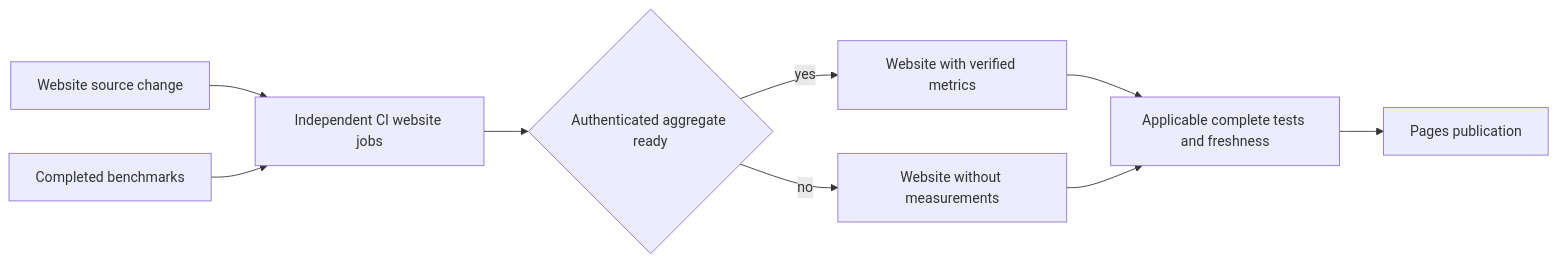
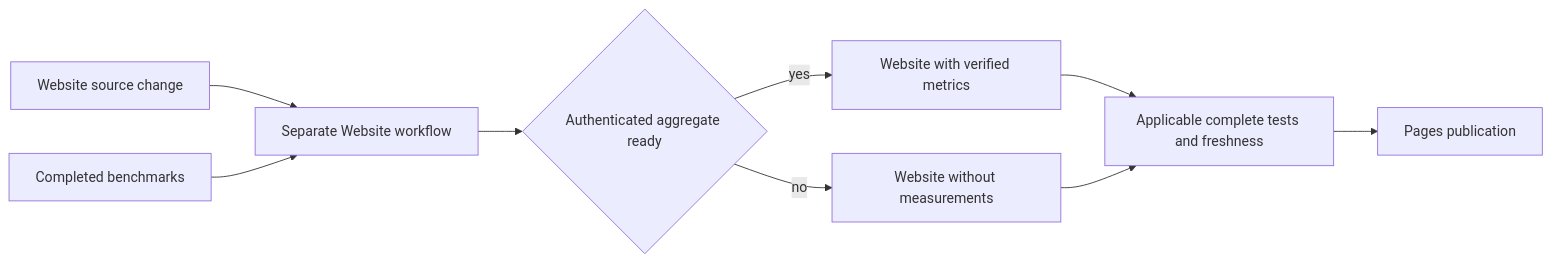
One commit to managedcode/KeyLoad changed diagram 11 of 11 in docs/Features/BenchmarkComparisons.md. Above: the diagram before and after it, drawn with Mermaid. The commit also changed other lines of this file and 34 other files, not shown here.

Commit message:
Separate Website publication from Build and Tests

````diff
--- a/docs/Features/BenchmarkComparisons.md
+++ b/docs/Features/BenchmarkComparisons.md
@@ -1188,11 +1188,11 @@
 ```mermaid
 flowchart LR
-  Source[Website source change] --> CI[Independent CI website jobs]
-  Benchmarks[Completed benchmarks] --> CI
-  CI --> Ready{Authenticated aggregate ready}
+  Source[Website source change] --> Website[Separate Website workflow]
+  Benchmarks[Completed benchmarks] --> Website
+  Website --> Ready{Authenticated aggregate ready}
   Ready -->|yes| Metrics[Website with verified metrics]
   Ready -->|no| Content[Website without measurements]
   Metrics --> Qualification[Applicable complete tests and freshness]
   Content --> Qualification
   Qualification --> Pages[Pages publication]
 ```
````
